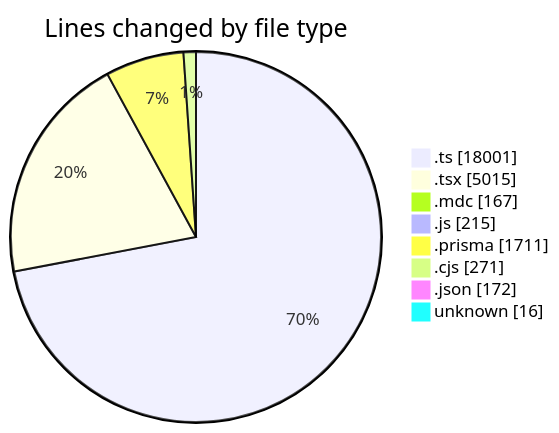
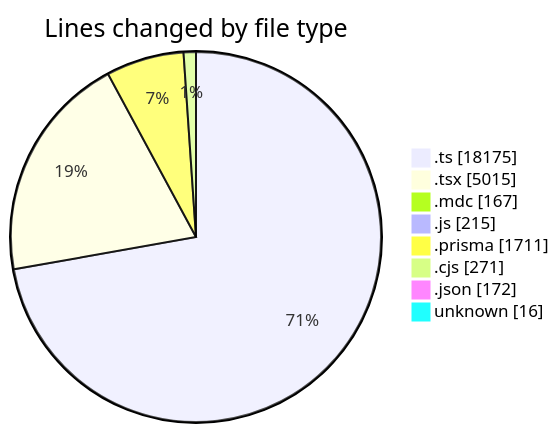
Before and after one commit to CELIANVF/code-tracking: the first of 2 diagrams in 2025-06-06/ecodeli-1/README.md, drawn with Mermaid. The commit also changed other lines of this file and 1 other file, not shown here.

````diff
--- a/2025-06-06/ecodeli-1/README.md
+++ b/2025-06-06/ecodeli-1/README.md
@@ -91,12 +91,12 @@
 ```mermaid
 pie showData
 title Lines changed by file type
-".ts" : 18001
+".ts" : 18175
 ".tsx" : 5015
 ".mdc" : 167
 ".js" : 215
 ".prisma" : 1711
 ".cjs" : 271
 ".json" : 172
 "unknown" : 16
 ```
````
